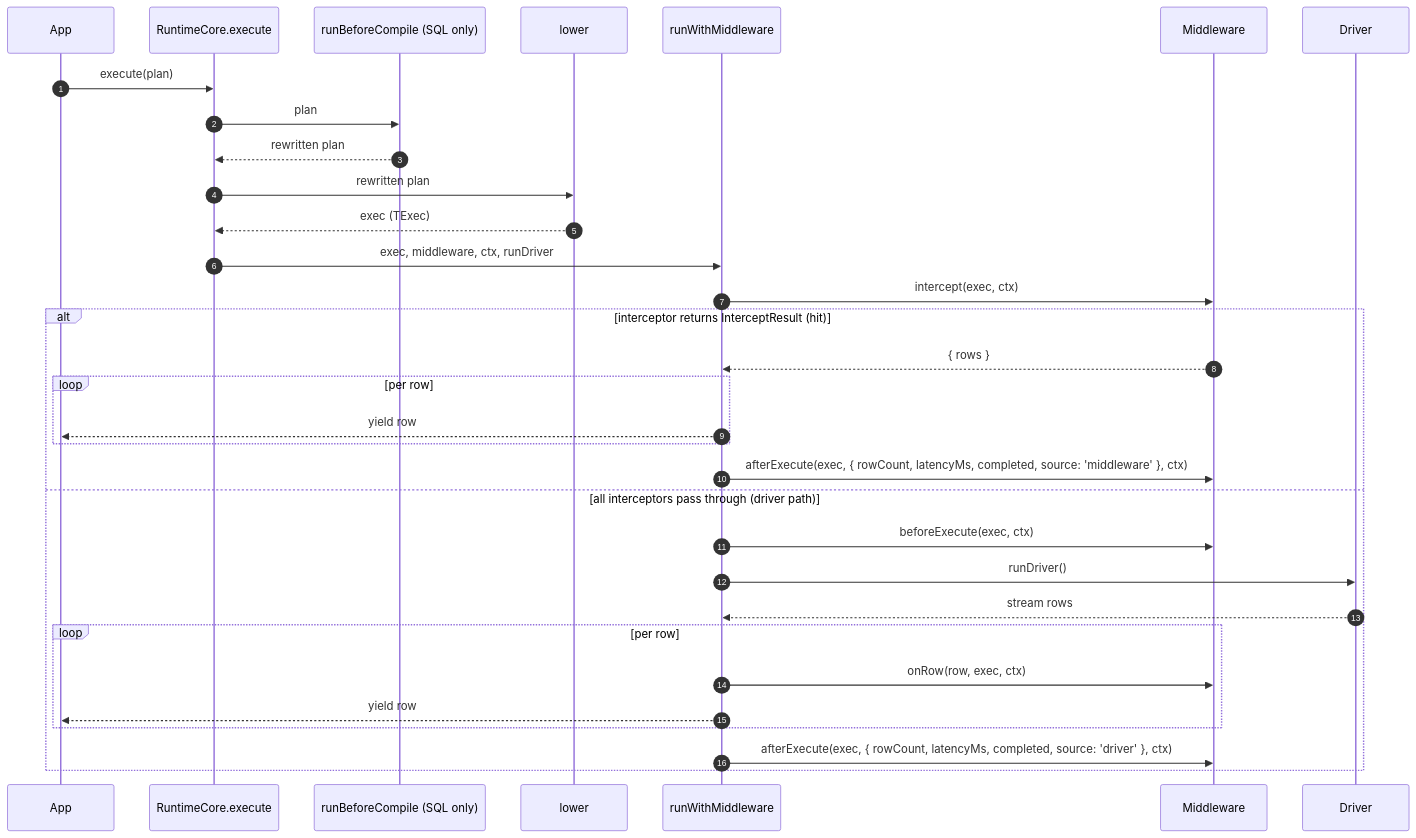
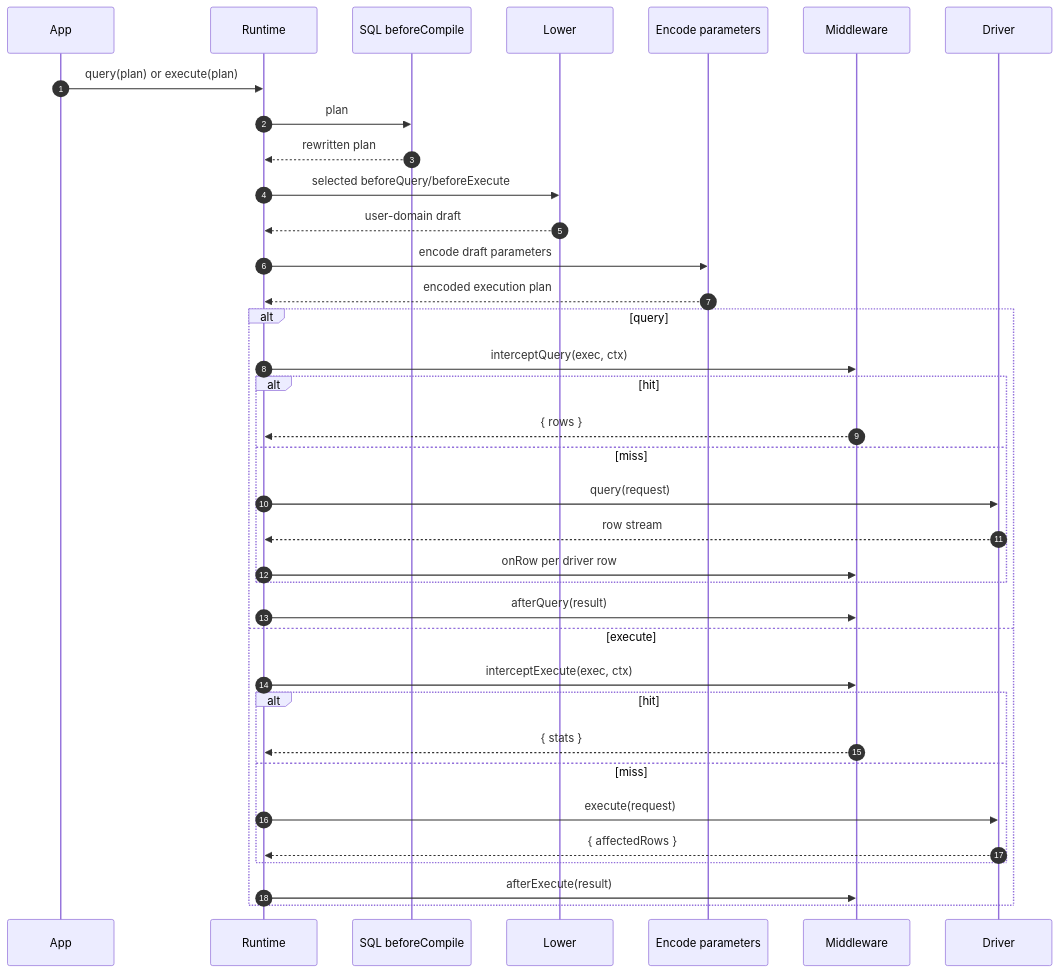
One commit to prisma/prisma changed the third of 3 diagrams in docs/architecture docs/subsystems/4. Runtime & Middleware Framework.md. Above: the diagram before and after it, drawn with Mermaid. The commit also changed other lines of this file and 33 other files, not shown here.

First line of the commit message:
TML-3166: Close the affected-row-counts project (#30007)

````diff
--- a/docs/architecture docs/subsystems/4. Runtime & Middleware Framework.md
+++ b/docs/architecture docs/subsystems/4. Runtime & Middleware Framework.md
@@ -389,35 +370,39 @@
 ```mermaid
 sequenceDiagram
   autonumber
   participant App as App
-  participant Runtime as RuntimeCore.execute
-  participant Compile as runBeforeCompile (SQL only)
-  participant Lower as lower
-  participant Helper as runWithMiddleware
+  participant Runtime as Runtime
+  participant Compile as SQL beforeCompile
+  participant Lower as Lower
+  participant Encode as Encode parameters
   participant MW as Middleware
   participant Driver as Driver
 
-  App->>Runtime: execute(plan)
+  App->>Runtime: query(plan) or execute(plan)
   Runtime->>Compile: plan
   Compile-->>Runtime: rewritten plan
-  Runtime->>Lower: rewritten plan
-  Lower-->>Runtime: exec (TExec)
-  Runtime->>Helper: exec, middleware, ctx, runDriver
-  Helper->>MW: intercept(exec, ctx)
-  alt interceptor returns InterceptResult (hit)
-    MW-->>Helper: { rows }
-    loop per row
-      Helper-->>App: yield row
+  Runtime->>Lower: selected beforeQuery/beforeExecute
+  Lower-->>Runtime: user-domain draft
+  Runtime->>Encode: encode draft parameters
+  Encode-->>Runtime: encoded execution plan
+  alt query
+    Runtime->>MW: interceptQuery(exec, ctx)
+    alt hit
+      MW-->>Runtime: { rows }
+    else miss
+      Runtime->>Driver: query(request)
+      Driver-->>Runtime: row stream
+      Runtime->>MW: onRow per driver row
     end
-    Helper->>MW: afterExecute(exec, { rowCount, latencyMs, completed, source: 'middleware' }, ctx)
-  else all interceptors pass through (driver path)
-    Helper->>MW: beforeExecute(exec, ctx)
-    Helper->>Driver: runDriver()
-    Driver-->>Helper: stream rows
-    loop per row
-      Helper->>MW: onRow(row, exec, ctx)
-      Helper-->>App: yield row
+    Runtime->>MW: afterQuery(result)
+  else execute
+    Runtime->>MW: interceptExecute(exec, ctx)
+    alt hit
+      MW-->>Runtime: { stats }
+    else miss
+      Runtime->>Driver: execute(request)
+      Driver-->>Runtime: { affectedRows }
     end
-    Helper->>MW: afterExecute(exec, { rowCount, latencyMs, completed, source: 'driver' }, ctx)
+    Runtime->>MW: afterExecute(result)
   end
 ```
````
